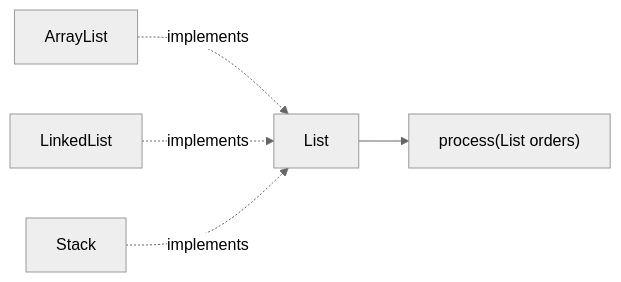
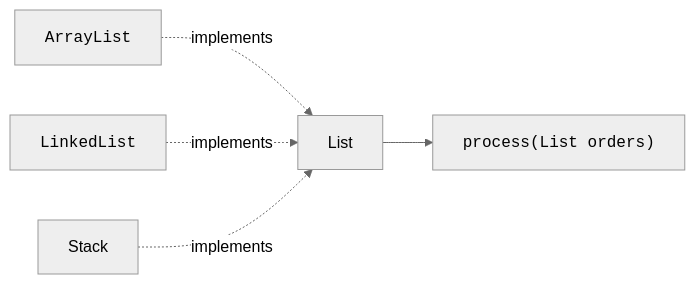
Before and after one commit to dataslope/dataslope: the second of 2 diagrams in content/learn/java-programming-for-beginners/interfaces.mdx, drawn with Mermaid (neutral theme). The commit also changed 153 other files, not shown here.

First line of the commit message:
Render code-only mermaid shapes in monospace; convert step sequences to Steps

````diff
--- a/content/learn/java-programming-for-beginners/interfaces.mdx
+++ b/content/learn/java-programming-for-beginners/interfaces.mdx
@@ -235,7 +235,7 @@
 ```mermaid
 flowchart LR
-    A[ArrayList] -. implements .-> L[List]
-    B[LinkedList] -. implements .-> L
+    A["<code>ArrayList</code>"] -. implements .-> L[List]
+    B["<code>LinkedList</code>"] -. implements .-> L
     C[Stack] -. implements .-> L
-    L --> M["process(List orders)"]
+    L --> M["<code>process(List orders)</code>"]
 ```
````
